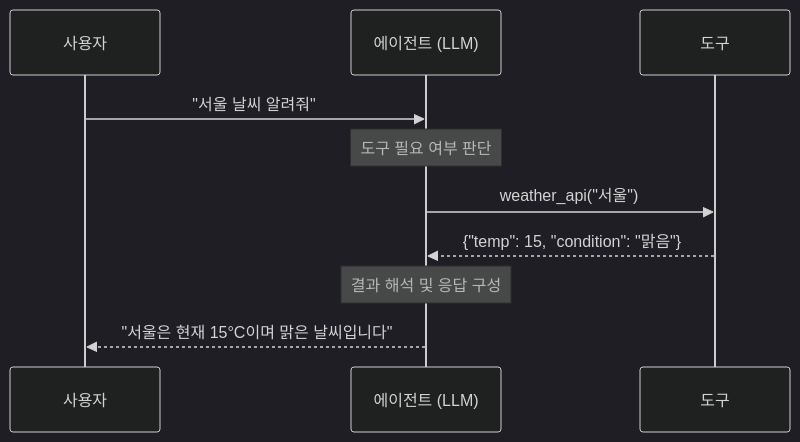
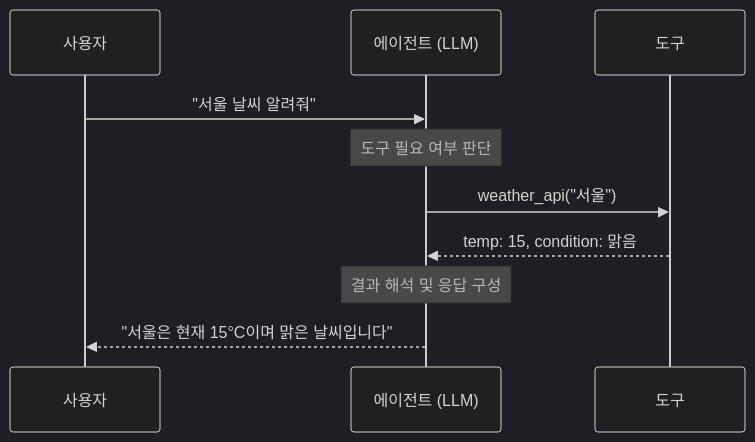
Before and after one commit to kimchanhyung98/agentic-workflows: the fourth of 5 diagrams in docs/agentic-workflow/02-components.md, drawn with Mermaid (dark theme). The commit also changed other lines of this file and 4 other files, not shown here.

First line of the commit message:
docs(agentic-workflow): 리뷰 반영 및 링크·Mermaid 문법 수정

````diff
--- a/docs/agentic-workflow/02-components.md
+++ b/docs/agentic-workflow/02-components.md
@@ -130,13 +130,13 @@
 ```mermaid
 sequenceDiagram
     participant U as 사용자
     participant A as 에이전트 (LLM)
     participant T as 도구
 
     U->>A: "서울 날씨 알려줘"
     Note over A: 도구 필요 여부 판단
     A->>T: weather_api("서울")
-    T-->>A: {"temp": 15, "condition": "맑음"}
+    T-->>A: temp: 15, condition: 맑음
     Note over A: 결과 해석 및 응답 구성
     A-->>U: "서울은 현재 15°C이며 맑은 날씨입니다"
 ```
````
